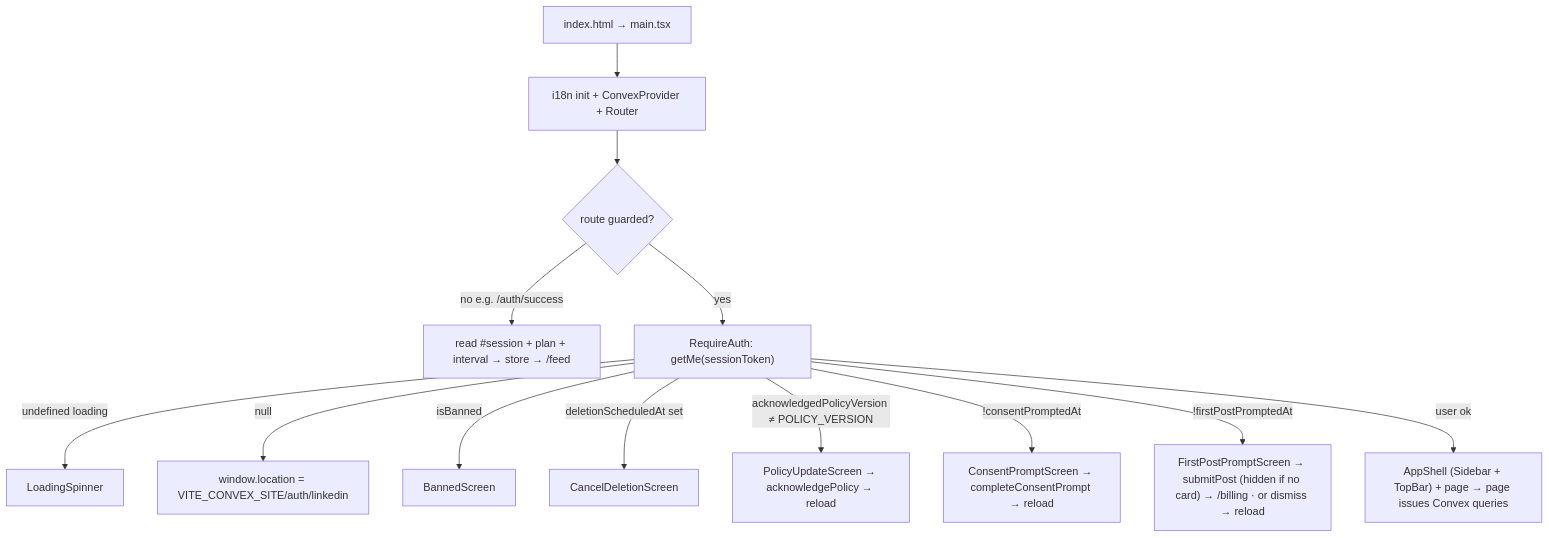
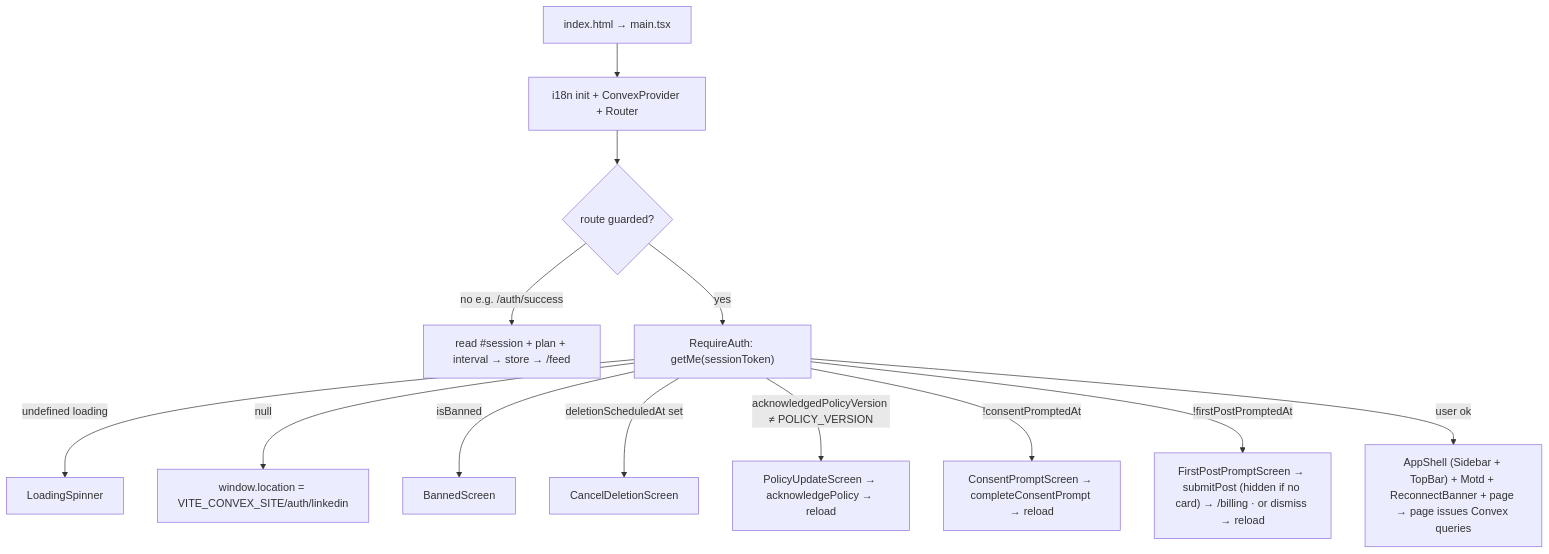
Before and after one commit to henriko202/glowing-octo-guide: diagram 20 of 21 in docs/PLATFORM.md, drawn with Mermaid. The commit also changed other lines of this file and 29 other files, not shown here.

````diff
--- a/docs/PLATFORM.md
+++ b/docs/PLATFORM.md
@@ -1997,15 +2059,15 @@
 ```mermaid
 flowchart TD
   L["index.html → main.tsx"] --> I["i18n init + ConvexProvider + Router"]
   I --> RT{"route guarded?"}
   RT -->|no e.g. /auth/success| LAND["read #session + plan + interval → store → /feed"]
   RT -->|yes| RA["RequireAuth: getMe(sessionToken)"]
   RA -->|undefined loading| SP["LoadingSpinner"]
   RA -->|null| OAUTH["window.location = VITE_CONVEX_SITE/auth/linkedin"]
   RA -->|isBanned| BAN["BannedScreen"]
   RA -->|deletionScheduledAt set| CDEL["CancelDeletionScreen"]
   RA -->|"acknowledgedPolicyVersion ≠ POLICY_VERSION"| RECON["PolicyUpdateScreen → acknowledgePolicy → reload"]
   RA -->|"!consentPromptedAt"| CONSENT["ConsentPromptScreen → completeConsentPrompt → reload"]
   RA -->|"!firstPostPromptedAt"| FIRSTPOST["FirstPostPromptScreen → submitPost (hidden if no card) → /billing · or dismiss → reload"]
-  RA -->|user ok| SHELL["AppShell (Sidebar + TopBar) + page → page issues Convex queries"]
+  RA -->|user ok| SHELL["AppShell (Sidebar + TopBar) + Motd + ReconnectBanner + page → page issues Convex queries"]
 ```
````
